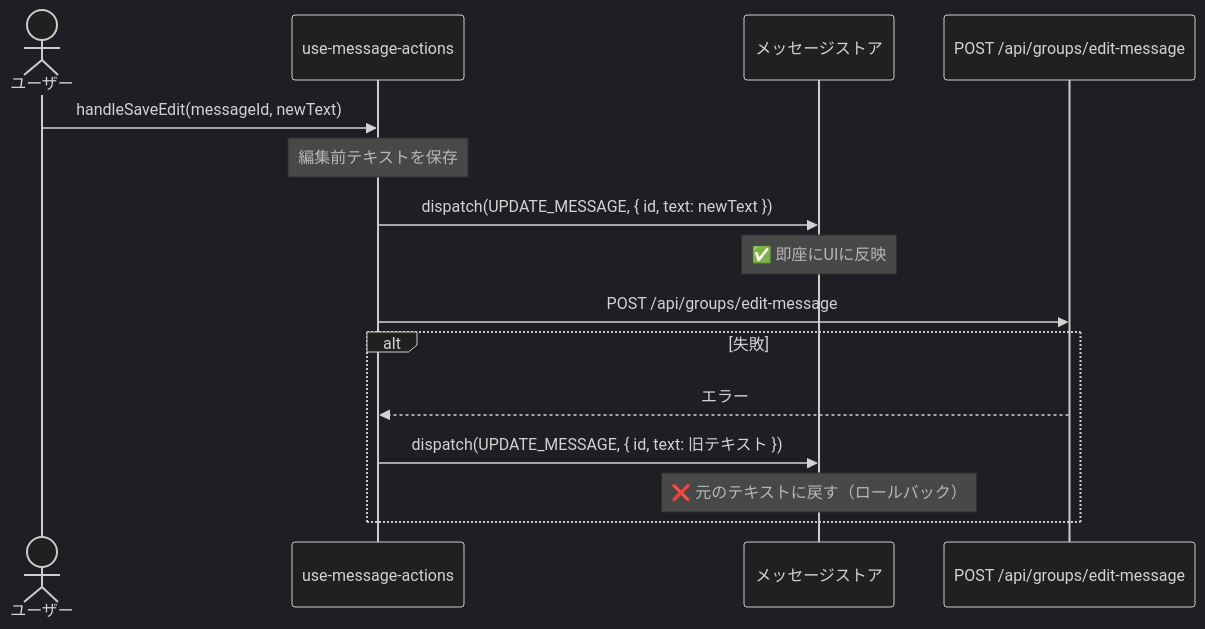
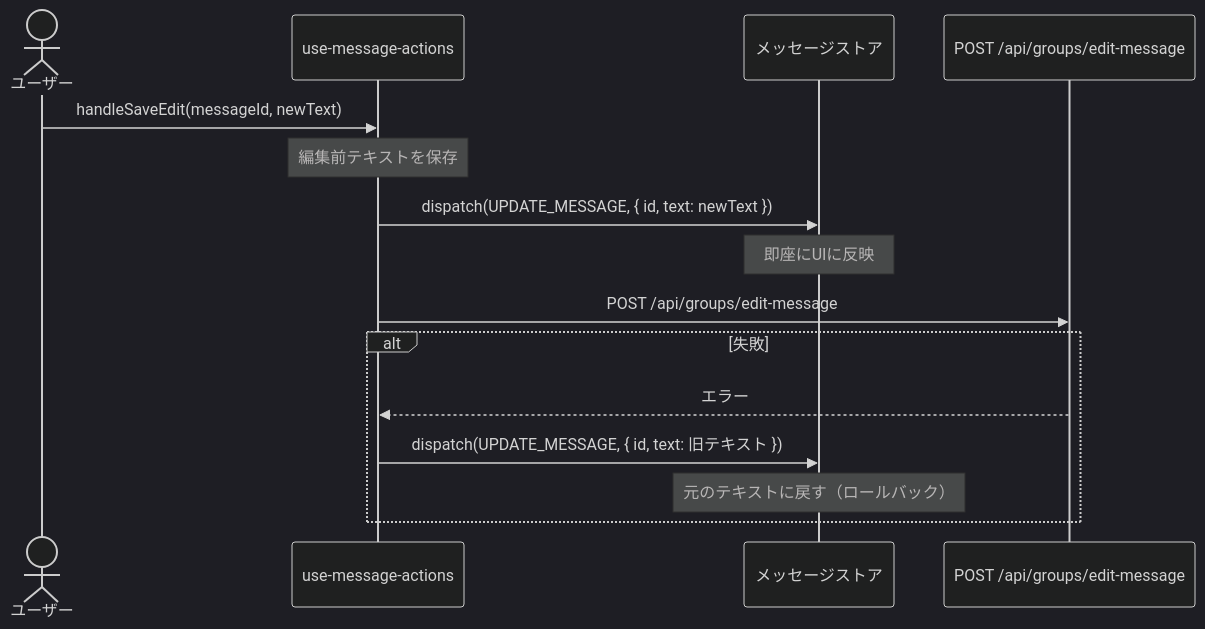
The third of 10 diagrams in docs/ja/details/group-chat-interactions.md (ScriptureHabit/scripture-habit), drawn with Mermaid (dark theme) before and after one commit. The commit also changed other lines of this file and 53 other files, not shown here.

````diff
--- a/docs/ja/details/group-chat-interactions.md
+++ b/docs/ja/details/group-chat-interactions.md
@@ -118,20 +118,20 @@
 ```mermaid
 sequenceDiagram
     actor ユーザー
     participant Hook as use-message-actions
     participant Store as メッセージストア
     participant API as POST /api/groups/edit-message
 
     ユーザー->>Hook: handleSaveEdit(messageId, newText)
     Note over Hook: 編集前テキストを保存
     Hook->>Store: dispatch(UPDATE_MESSAGE, { id, text: newText })
-    Note over Store: ✅ 即座にUIに反映
+    Note over Store: 即座にUIに反映
 
     Hook->>API: POST /api/groups/edit-message
 
     alt 失敗
         API-->>Hook: エラー
         Hook->>Store: dispatch(UPDATE_MESSAGE, { id, text: 旧テキスト })
-        Note over Store: ❌ 元のテキストに戻す（ロールバック）
+        Note over Store: 元のテキストに戻す（ロールバック）
     end
 ```
````
